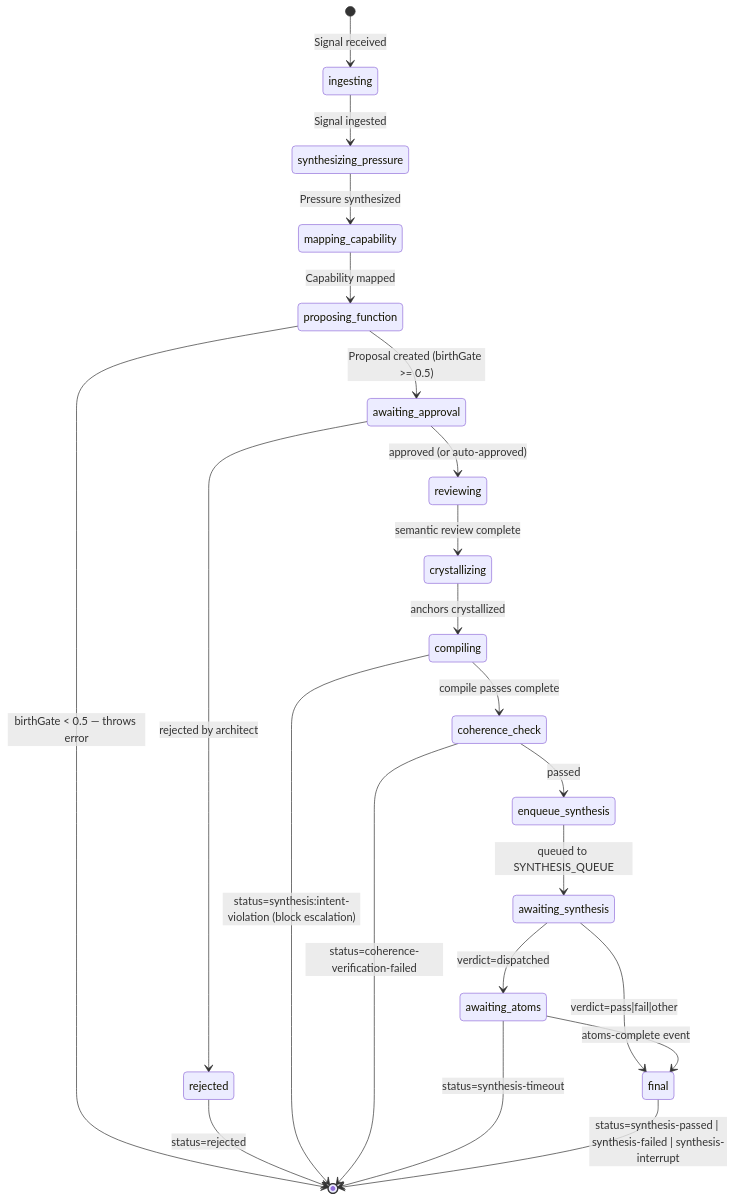
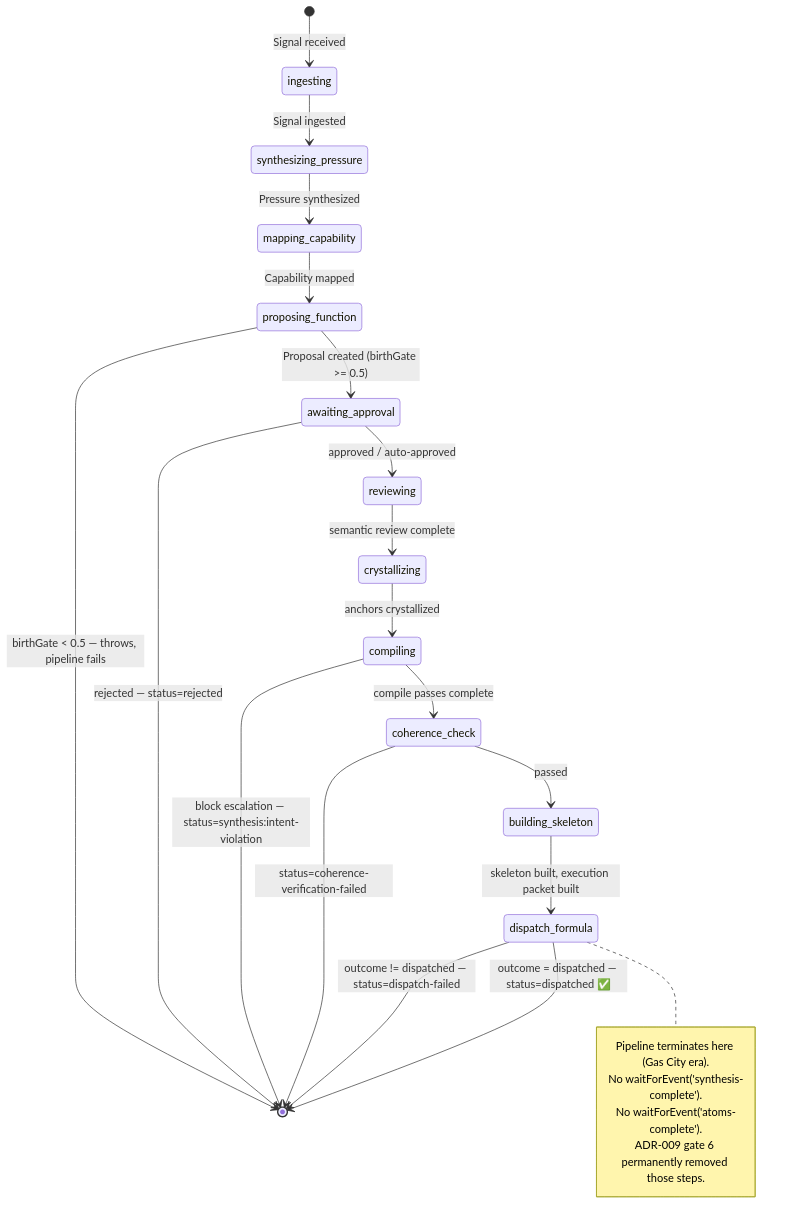
Before and after one commit to Wescome/function-factory: the first of 8 diagrams in _reversa_sdd/state-machines.md, drawn with Mermaid. The commit also changed other lines of this file and 52 other files, not shown here.

````diff
--- a/_reversa_sdd/state-machines.md
+++ b/_reversa_sdd/state-machines.md
@@ -11,30 +13,34 @@
 ```mermaid
 stateDiagram-v2
     [*] --> ingesting : Signal received
+
     ingesting --> synthesizing_pressure : Signal ingested
     synthesizing_pressure --> mapping_capability : Pressure synthesized
     mapping_capability --> proposing_function : Capability mapped
+
+    proposing_function --> [*] : birthGate < 0.5 — throws, pipeline fails
     proposing_function --> awaiting_approval : Proposal created (birthGate >= 0.5)
-    proposing_function --> [*] : birthGate < 0.5 — throws error
 
-    awaiting_approval --> reviewing : approved (or auto-approved)
-    awaiting_approval --> rejected : rejected by architect
-    rejected --> [*] : status=rejected
+    awaiting_approval --> reviewing : approved / auto-approved
+    awaiting_approval --> [*] : rejected — status=rejected
 
     reviewing --> crystallizing : semantic review complete
     crystallizing --> compiling : anchors crystallized
+
+    compiling --> [*] : block escalation — status=synthesis:intent-violation
     compiling --> coherence_check : compile passes complete
-    compiling --> [*] : status=synthesis:intent-violation (block escalation)
 
-    coherence_check --> enqueue_synthesis : passed
     coherence_check --> [*] : status=coherence-verification-failed
+    coherence_check --> building_skeleton : passed
 
-    enqueue_synthesis --> awaiting_synthesis : queued to SYNTHESIS_QUEUE
-    awaiting_synthesis --> awaiting_atoms : verdict=dispatched
-    awaiting_synthesis --> final : verdict=pass|fail|other
+    building_skeleton --> dispatch_formula : skeleton built, execution packet built
+    dispatch_formula --> [*] : outcome != dispatched — status=dispatch-failed
+    dispatch_formula --> [*] : outcome = dispatched — status=dispatched ✅
 
-    awaiting_atoms --> final : atoms-complete event
-    awaiting_atoms --> [*] : status=synthesis-timeout
-
-    final --> [*] : status=synthesis-passed | synthesis-failed | synthesis-interrupt
+    note right of dispatch_formula
+      Pipeline terminates here (Gas City era).
+      No waitForEvent('synthesis-complete').
+      No waitForEvent('atoms-complete').
+      ADR-009 gate 6 permanently removed those steps.
+    end note
 ```
````
